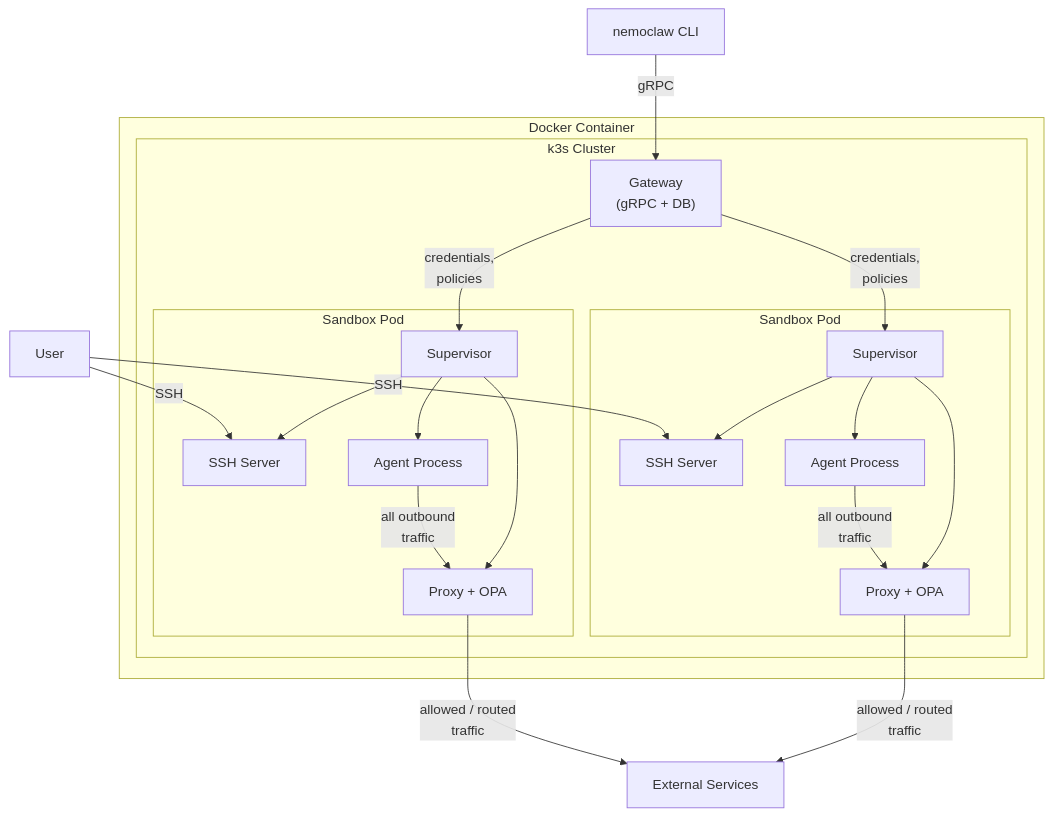
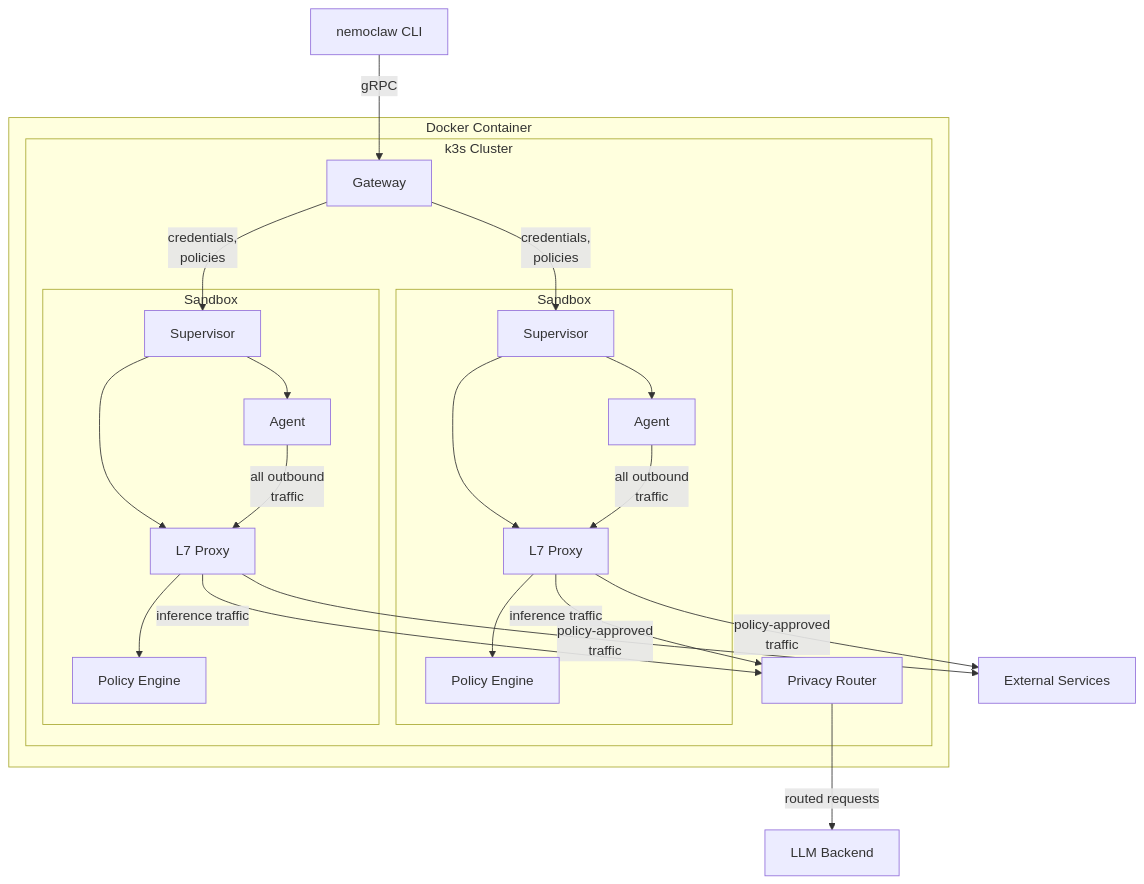
One commit to NVIDIA/OpenShell changed the diagram in docs/reference/architecture.md. Above: the diagram before and after it, drawn with Mermaid. The commit also changed other lines of this file and 14 other files, not shown here.

Commit message:
Architecture updates

````diff
--- a/docs/reference/architecture.md
+++ b/docs/reference/architecture.md
@@ -26,41 +21,43 @@
 ```{mermaid}
 graph TB
     subgraph docker["Docker Container"]
         subgraph k3s["k3s Cluster"]
-            gw["Gateway<br/>(gRPC + DB)"]
+            gw["Gateway"]
+            pr["Privacy Router"]
 
-            subgraph pod1["Sandbox Pod"]
+            subgraph pod1["Sandbox"]
                 sup1["Supervisor"]
-                proxy1["Proxy + OPA"]
-                ssh1["SSH Server"]
-                agent1["Agent Process"]
+                proxy1["L7 Proxy"]
+                pe1["Policy Engine"]
+                agent1["Agent"]
 
                 sup1 --> proxy1
-                sup1 --> ssh1
                 sup1 --> agent1
+                proxy1 --> pe1
             end
 
-            subgraph pod2["Sandbox Pod"]
+            subgraph pod2["Sandbox"]
                 sup2["Supervisor"]
-                proxy2["Proxy + OPA"]
-                ssh2["SSH Server"]
-                agent2["Agent Process"]
+                proxy2["L7 Proxy"]
+                pe2["Policy Engine"]
+                agent2["Agent"]
 
                 sup2 --> proxy2
-                sup2 --> ssh2
                 sup2 --> agent2
+                proxy2 --> pe2
             end
 
             gw -- "credentials,<br/>policies" --> sup1
             gw -- "credentials,<br/>policies" --> sup2
         end
     end
 
     cli["nemoclaw CLI"] -- "gRPC" --> gw
-    user["User"] -- "SSH" --> ssh1
-    user -- "SSH" --> ssh2
     agent1 -- "all outbound<br/>traffic" --> proxy1
     agent2 -- "all outbound<br/>traffic" --> proxy2
-    proxy1 -- "allowed / routed<br/>traffic" --> internet["External Services"]
-    proxy2 -- "allowed / routed<br/>traffic" --> internet
+    proxy1 -- "policy-approved<br/>traffic" --> internet["External Services"]
+    proxy2 -- "policy-approved<br/>traffic" --> internet
+    proxy1 -- "inference traffic" --> pr
+    proxy2 -- "inference traffic" --> pr
+    pr -- "routed requests" --> backend["LLM Backend"]
 ```
````
